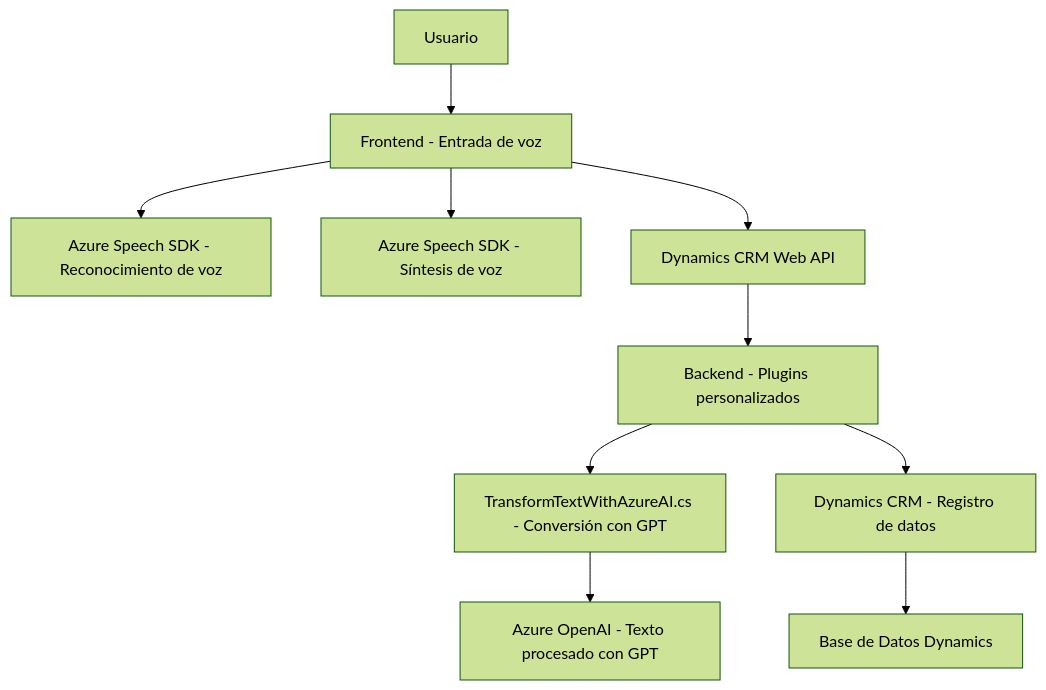
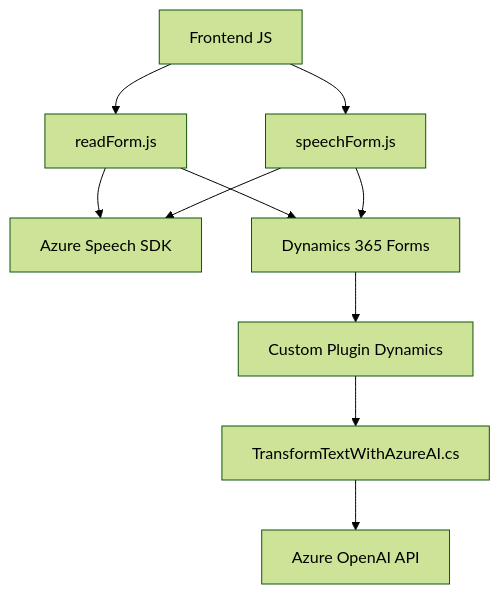
The diagram in README.md (blopezdm/NETCORE_BILBAO2025), drawn with Mermaid (forest theme) before and after one commit. The commit also changed other lines of this file, not shown here.

Commit message:
Actualizar análisis global de la solución con IA

````diff
--- a/README.md
+++ b/README.md
@@ -34,14 +39,12 @@
 ```mermaid
 graph TD
-A["Usuario"] --> B["Frontend - Entrada de voz"]
-B --> C["Azure Speech SDK - Reconocimiento de voz"]
-B --> D["Azure Speech SDK - Síntesis de voz"]
-B --> E["Dynamics CRM Web API"]
-
-E --> F["Backend - Plugins personalizados"]
-F --> G["TransformTextWithAzureAI.cs - Conversión con GPT"]
-F --> H["Dynamics CRM - Registro de datos"]
-G --> I["Azure OpenAI - Texto procesado con GPT"]
-
-H --> J["Base de Datos Dynamics"]
+    A["Frontend JS"] --> B["readForm.js"]
+    A --> C["speechForm.js"]
+    B --> D["Azure Speech SDK"]
+    C --> D
+    B --> E["Dynamics 365 Forms"]
+    C --> E
+    E --> F["Custom Plugin Dynamics"]
+    F --> G["TransformTextWithAzureAI.cs"]
+    G --> H["Azure OpenAI API"]
 ```
````
